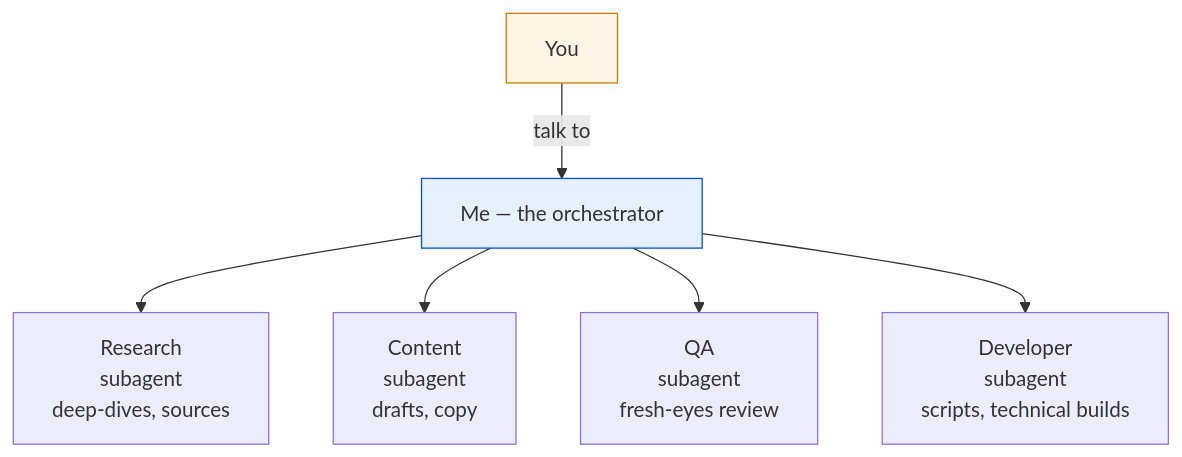
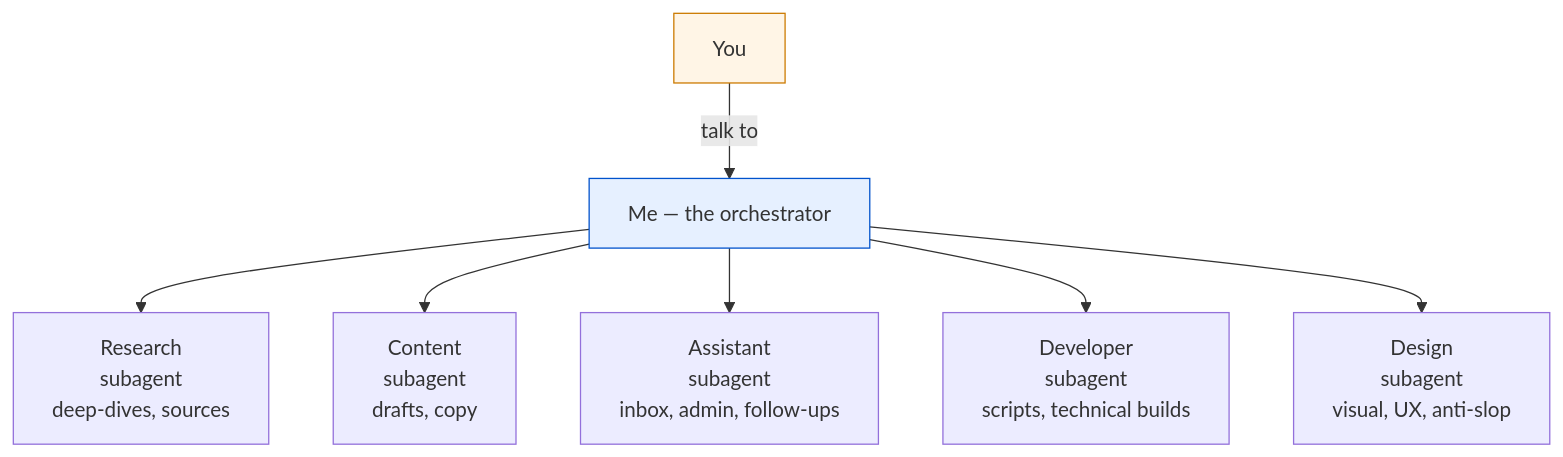
Before and after one commit to DanJoachimn/WATNEY-Personal-Ai-OS-Kit: the fourth of 7 diagrams in assets/diagrams/install-flow.md, drawn with Mermaid. The commit also changed other lines of this file and 3 other files, not shown here.

First line of the commit message:
Add Design subagent template + register in kit docs

````diff
--- a/assets/diagrams/install-flow.md
+++ b/assets/diagrams/install-flow.md
@@ -61,10 +61,11 @@
 ```mermaid
 graph TB
     YOU[You] -->|talk to| ORCH[Me — the orchestrator]
     ORCH --> R[Research<br/>subagent<br/>deep-dives, sources]
     ORCH --> C[Content<br/>subagent<br/>drafts, copy]
-    ORCH --> Q[QA<br/>subagent<br/>fresh-eyes review]
+    ORCH --> A[Assistant<br/>subagent<br/>inbox, admin, follow-ups]
     ORCH --> D[Developer<br/>subagent<br/>scripts, technical builds]
+    ORCH --> DS[Design<br/>subagent<br/>visual, UX, anti-slop]
     style YOU fill:#fff5e6,stroke:#cc7a00
     style ORCH fill:#e6f0ff,stroke:#0052cc
 ```
````
